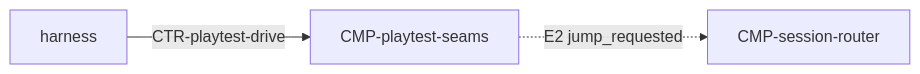
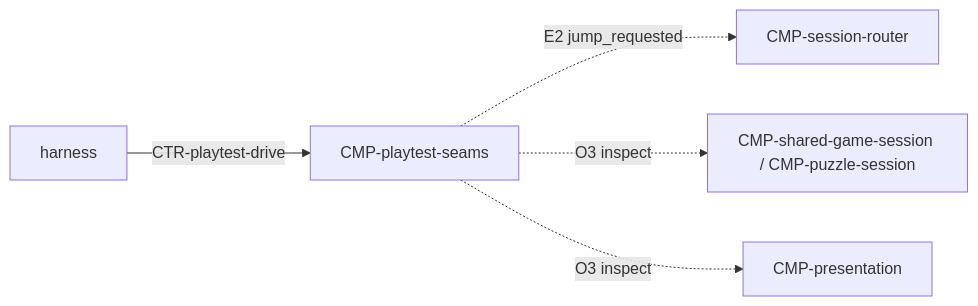
Before and after one commit to waigore/simplechessv2: the diagram in specs/technical/components/playtest-seams.md, drawn with Mermaid. The commit also changed other lines of this file and 7 other files, not shown here.

First line of the commit message:
Fix sequence participants and technical traceability gaps (#246, #245, #243, #247, #241, #240)

````diff
--- a/specs/technical/components/playtest-seams.md
+++ b/specs/technical/components/playtest-seams.md
@@ -37,8 +37,12 @@
 ```mermaid
 flowchart LR
   H[harness]
   P[CMP-playtest-seams]
   R[CMP-session-router]
+  S[CMP-shared-game-session / CMP-puzzle-session]
+  V[CMP-presentation]
   H -->|CTR-playtest-drive| P
   P -.->|E2 jump_requested| R
+  P -.->|O3 inspect| S
+  P -.->|O3 inspect| V
 ```
````
